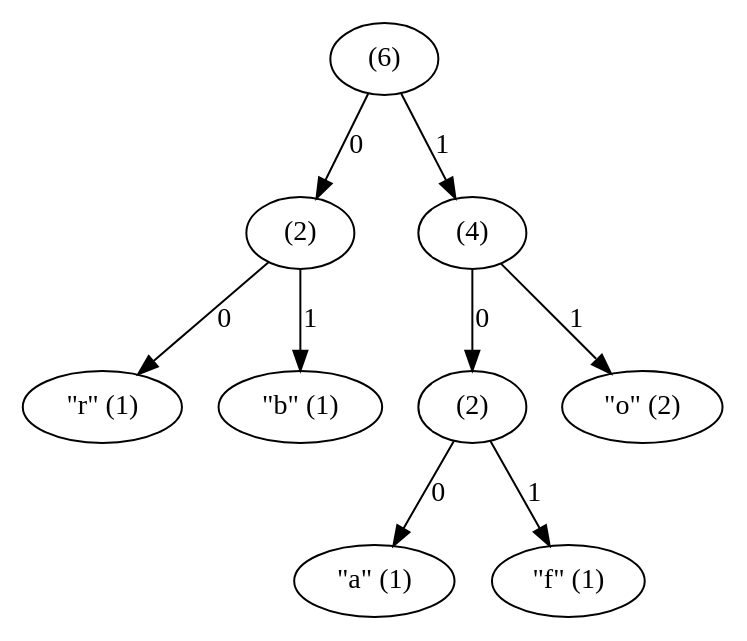
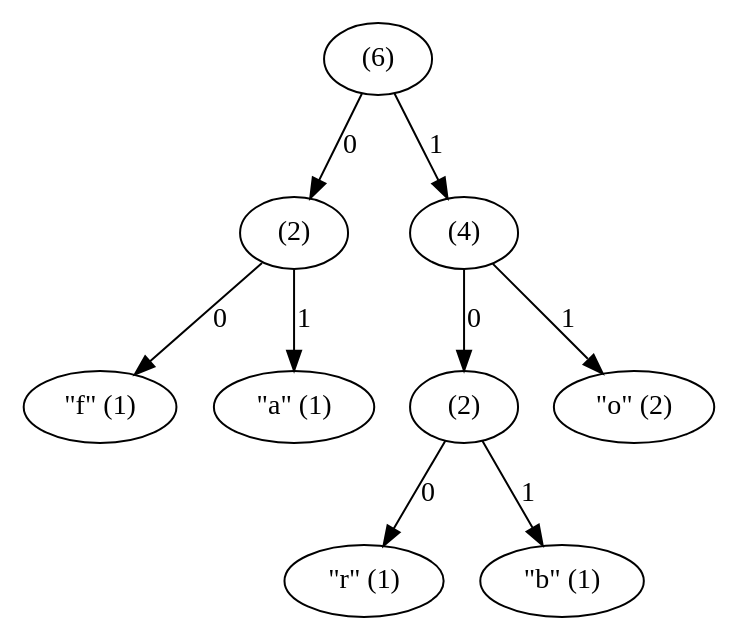
One commit to dgoffredo/huffer changed the diagram in examples/foobar.dot. Above: the diagram before and after it, drawn with Graphviz. The commit also changed 14 other files, not shown here.

```diff
--- a/examples/foobar.dot
+++ b/examples/foobar.dot
@@ -1,19 +1,19 @@
 digraph {
-  leaf_0x61 [label="\"a\" (1)"];
-  leaf_0x66 [label="\"f\" (1)"];
-  internal_0 -> leaf_0x61 [label="0"];
-  internal_0 -> leaf_0x66 [label="1"];
   leaf_0x72 [label="\"r\" (1)"];
   leaf_0x62 [label="\"b\" (1)"];
-  internal_1 -> leaf_0x72 [label="0"];
-  internal_1 -> leaf_0x62 [label="1"];
+  internal_0 -> leaf_0x72 [label="0"];
+  internal_0 -> leaf_0x62 [label="1"];
+  leaf_0x66 [label="\"f\" (1)"];
+  leaf_0x61 [label="\"a\" (1)"];
+  internal_1 -> leaf_0x66 [label="0"];
+  internal_1 -> leaf_0x61 [label="1"];
   internal_0 [label="(2)"];
   leaf_0x6f [label="\"o\" (2)"];
   internal_2 -> internal_0 [label="0"];
   internal_2 -> leaf_0x6f [label="1"];
   internal_1 [label="(2)"];
   internal_2 [label="(4)"];
   internal_3 -> internal_1 [label="0"];
   internal_3 -> internal_2 [label="1"];
   internal_3 [label="(6)"];
 }
```
